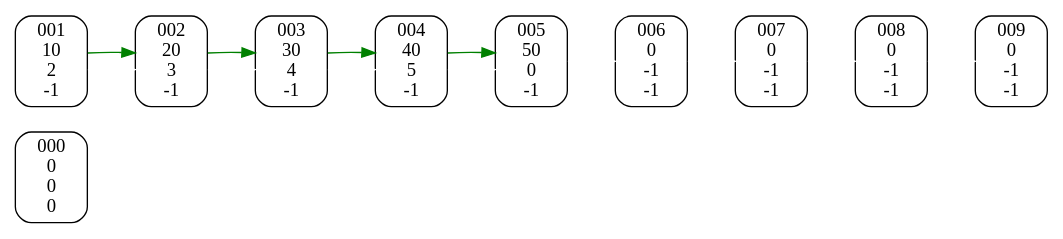
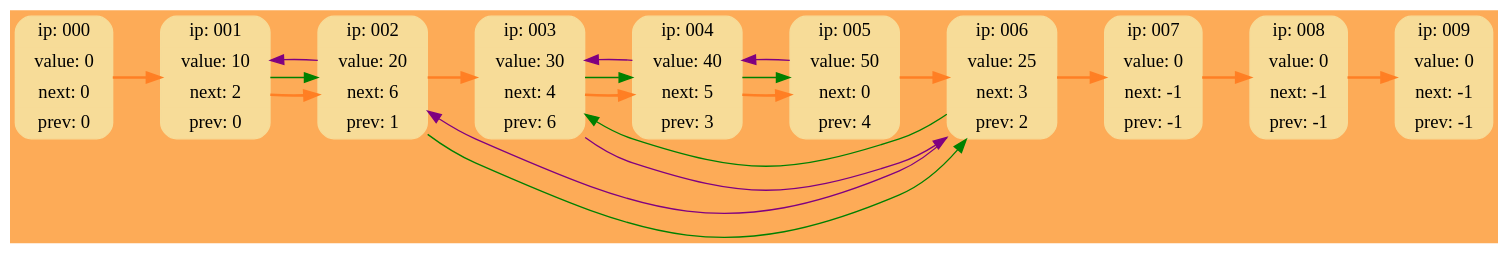
Before and after one commit to RTCupid/List: the diagram in DumpGraph.dot, drawn with Graphviz. The commit also changed 9 other files, not shown here.

```diff
--- a/DumpGraph.dot
+++ b/DumpGraph.dot
@@ -1,28 +1,36 @@
 digraph G {
-	 rankdir = LR;
-	node000 [shape = Mrecord; label = "{000\n  0\n  0\n  0}" ];
-	node001 [shape = Mrecord; label = "{001\n 10\n  2\n -1}" ];
-	node002 [shape = Mrecord; label = "{002\n 20\n  3\n -1}" ];
-	node003 [shape = Mrecord; label = "{003\n 30\n  4\n -1}" ];
-	node004 [shape = Mrecord; label = "{004\n 40\n  5\n -1}" ];
-	node005 [shape = Mrecord; label = "{005\n 50\n  0\n -1}" ];
-	node006 [shape = Mrecord; label = "{006\n  0\n -1\n -1}" ];
-	node007 [shape = Mrecord; label = "{007\n  0\n -1\n -1}" ];
-	node008 [shape = Mrecord; label = "{008\n  0\n -1\n -1}" ];
-	node009 [shape = Mrecord; label = "{009\n  0\n -1\n -1}" ];
+	rankdir = LR;
+	bgcolor="#FDAB57"
+	node000 [shape=Mrecord; style=filled; color="#F7DC98"; label = " { ip: 000} | {value:   0} | {next:   0} | {prev:   0} " ];
+	node001 [shape=Mrecord; style=filled; color="#F7DC98"; label = " { ip: 001} | {value:  10} | {next:   2} | {prev:   0} " ];
+	node002 [shape=Mrecord; style=filled; color="#F7DC98"; label = " { ip: 002} | {value:  20} | {next:   6} | {prev:   1} " ];
+	node003 [shape=Mrecord; style=filled; color="#F7DC98"; label = " { ip: 003} | {value:  30} | {next:   4} | {prev:   6} " ];
+	node004 [shape=Mrecord; style=filled; color="#F7DC98"; label = " { ip: 004} | {value:  40} | {next:   5} | {prev:   3} " ];
+	node005 [shape=Mrecord; style=filled; color="#F7DC98"; label = " { ip: 005} | {value:  50} | {next:   0} | {prev:   4} " ];
+	node006 [shape=Mrecord; style=filled; color="#F7DC98"; label = " { ip: 006} | {value:  25} | {next:   3} | {prev:   2} " ];
+	node007 [shape=Mrecord; style=filled; color="#F7DC98"; label = " { ip: 007} | {value:   0} | {next:  -1} | {prev:  -1} " ];
+	node008 [shape=Mrecord; style=filled; color="#F7DC98"; label = " { ip: 008} | {value:   0} | {next:  -1} | {prev:  -1} " ];
+	node009 [shape=Mrecord; style=filled; color="#F7DC98"; label = " { ip: 009} | {value:   0} | {next:  -1} | {prev:  -1} " ];
 
-	node001 -> node002 [weight=1000; color=white; ];
-	node002 -> node003 [weight=1000; color=white; ];
-	node003 -> node004 [weight=1000; color=white; ];
-	node004 -> node005 [weight=1000; color=white; ];
-	node005 -> node006 [weight=1000; color=white; ];
-	node006 -> node007 [weight=1000; color=white; ];
-	node007 -> node008 [weight=1000; color=white; ];
-	node008 -> node009 [weight=1000; color=white; ];
+	node000 -> node001 [style=bold; weight=1000; color=chocolate1; ];
+	node001 -> node002 [style=bold; weight=1000; color=chocolate1; ];
+	node002 -> node003 [style=bold; weight=1000; color=chocolate1; ];
+	node003 -> node004 [style=bold; weight=1000; color=chocolate1; ];
+	node004 -> node005 [style=bold; weight=1000; color=chocolate1; ];
+	node005 -> node006 [style=bold; weight=1000; color=chocolate1; ];
+	node006 -> node007 [style=bold; weight=1000; color=chocolate1; ];
+	node007 -> node008 [style=bold; weight=1000; color=chocolate1; ];
+	node008 -> node009 [style=bold; weight=1000; color=chocolate1; ];
 
-	node001 -> node002 [ color=green; ];
-	node002 -> node003 [ color=green; ];
-	node003 -> node004 [ color=green; ];
-	node004 -> node005 [ color=green; ];
+	node001 -> node002 [color=green; constraint=false; ];
+	node002 -> node006 [color=green; constraint=false; ];
+	node003 -> node004 [color=green; constraint=false; ];
+	node004 -> node005 [color=green; constraint=false; ];
+	node006 -> node003 [color=green; constraint=false; ];
 
+	node006 -> node002 [color=purple; constraint=false; ];
+	node005 -> node004 [color=purple; constraint=false; ];
+	node004 -> node003 [color=purple; constraint=false; ];
+	node003 -> node006 [color=purple; constraint=false; ];
+	node002 -> node001 [color=purple; constraint=false; ];
 }
```
